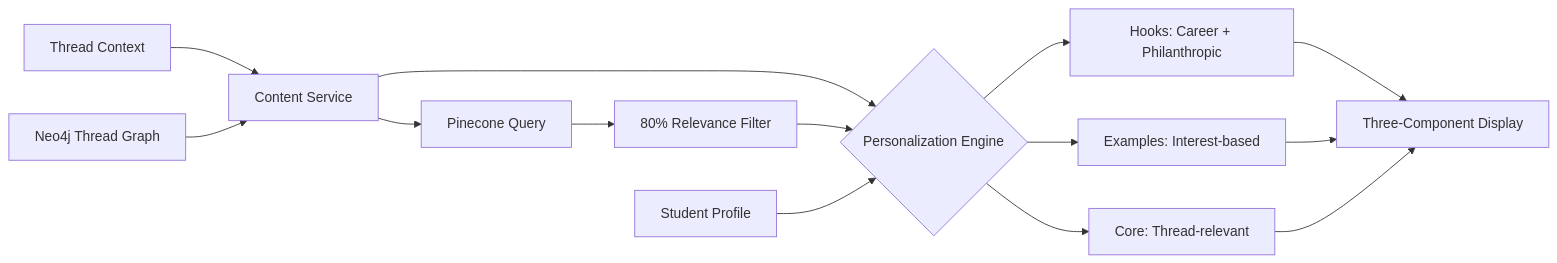
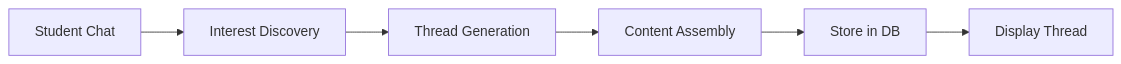
Before and after one commit to G2-Spool/spool-frontend: the third of 4 diagrams in docs/system_architecture_updated.md, drawn with Mermaid. The commit also changed other lines of this file and 42 other files, not shown here.

````diff
--- a/docs/system_architecture_updated.md
+++ b/docs/system_architecture_updated.md
@@ -249,19 +150,8 @@
 ```mermaid
 graph LR
-    A[Thread Context] --> B[Content Service]
-    B --> C{Personalization Engine}
-    C --> D[Hooks: Career + Philanthropic]
-    C --> E[Examples: Interest-based]
-    C --> F[Core: Thread-relevant]
-    
-    D --> G[Three-Component Display]
-    E --> G
-    F --> G
-    
-    B --> H[Pinecone Query]
-    H --> I[80% Relevance Filter]
-    I --> C
-    
-    J[Student Profile] --> C
-    K[Neo4j Thread Graph] --> B
+    A[Student Chat] --> B[Interest Discovery]
+    B --> C[Thread Generation]
+    C --> D[Content Assembly]
+    D --> E[Store in DB]
+    E --> F[Display Thread]
 ```
````
